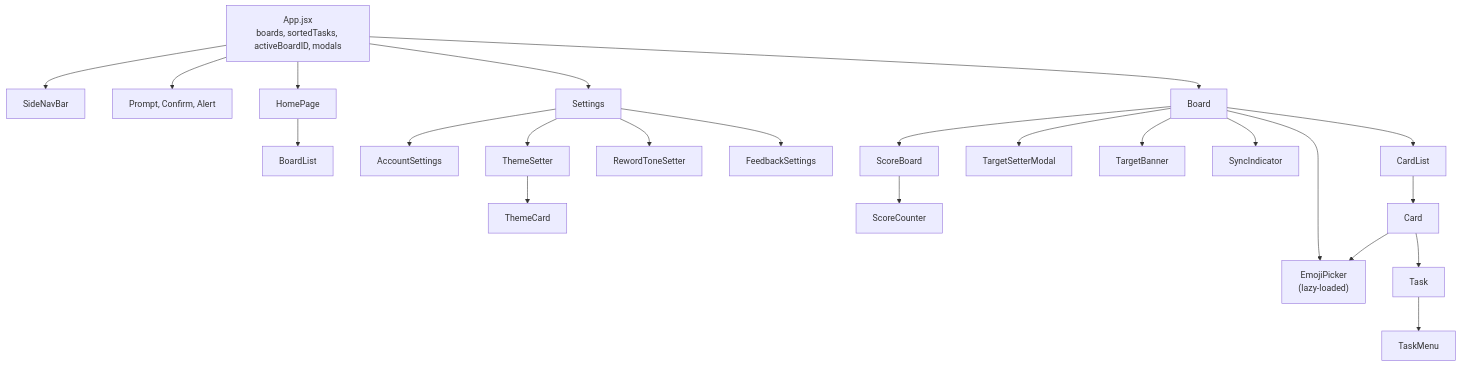
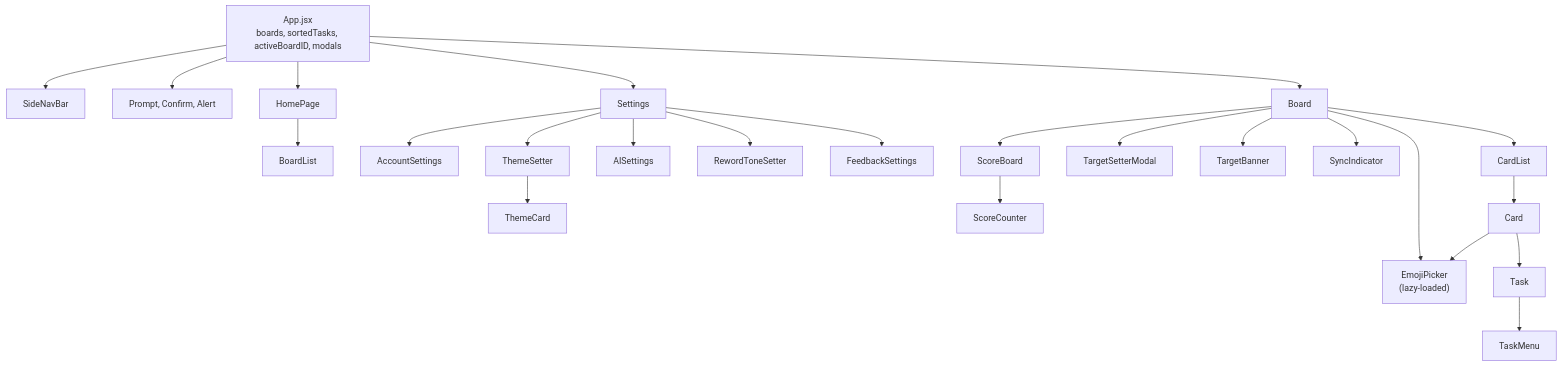
Before and after one commit to TomBenjaminMorris/listpal-frontend: the second of 12 diagrams in ARCHITECTURE.md, drawn with Mermaid. The commit also changed other lines of this file and 14 other files, not shown here.

````diff
--- a/ARCHITECTURE.md
+++ b/ARCHITECTURE.md
@@ -127,24 +128,25 @@
 ```mermaid
 flowchart TB
     App["App.jsx<br/>boards, sortedTasks, activeBoardID, modals"]
     App --> SNB["SideNavBar"]
     App --> Modals["Prompt, Confirm, Alert"]
     App --> Home["HomePage"]
     App --> Settings["Settings"]
     App --> Board["Board"]
     Home --> BL["BoardList"]
     Settings --> AS["AccountSettings"]
     Settings --> TS["ThemeSetter"] --> TC["ThemeCard"]
+    Settings --> AIS["AISettings"]
     Settings --> RTS["RewordToneSetter"]
     Settings --> FS["FeedbackSettings"]
     Board --> SB["ScoreBoard"] --> SC["ScoreCounter"]
     Board --> TSM["TargetSetterModal"]
     Board --> TB["TargetBanner"]
     Board --> EP["EmojiPicker<br/>(lazy-loaded)"]
     Board --> SI["SyncIndicator"]
     Board --> CardList["CardList"]
     CardList --> Card["Card"]
     Card --> EP
     Card --> Task["Task"]
     Task --> TaskMenu["TaskMenu"]
 ```
````
